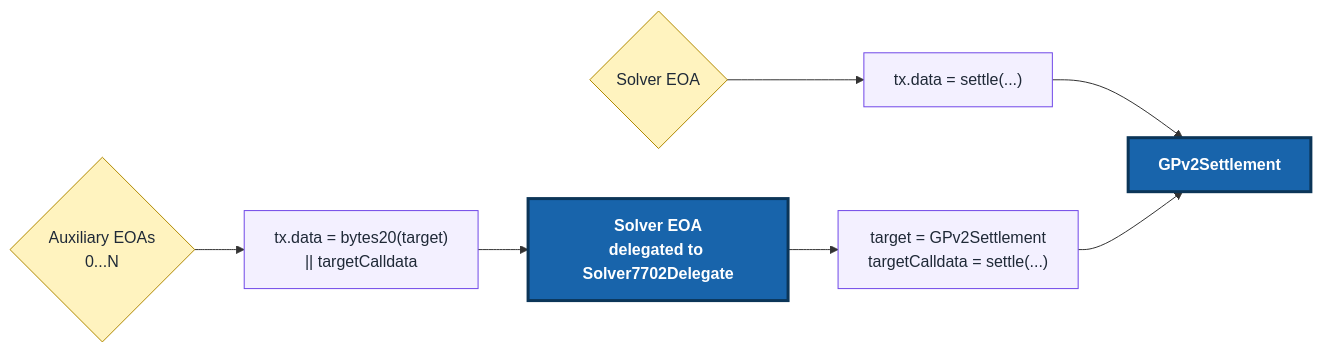
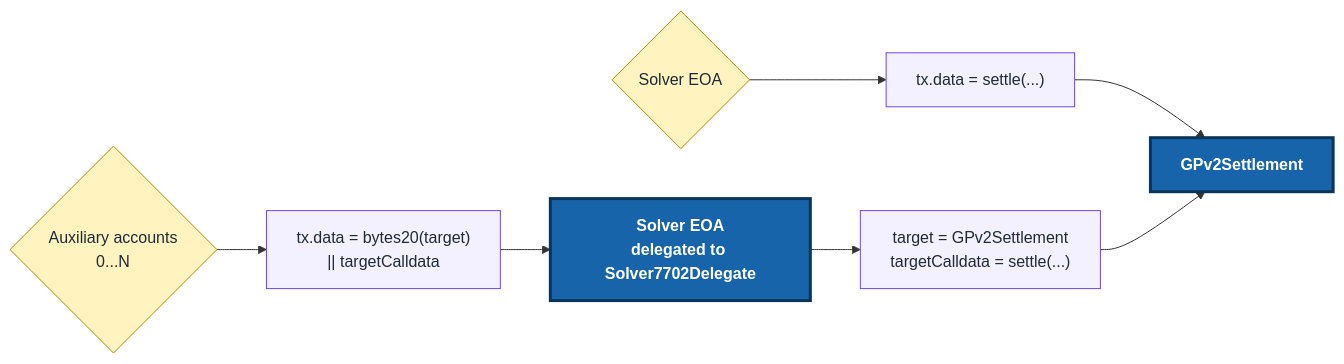
Before and after one commit to cowprotocol/solver-7702-delegate: the diagram in README.md, drawn with Mermaid. The commit also changed other lines of this file, not shown here.

````diff
--- a/README.md
+++ b/README.md
@@ -14,20 +26,20 @@
 ```mermaid
 flowchart LR
     SolverEOA{"Solver EOA"}
     DirectTx["tx.data = settle(...)"]
-    AuxEOAs{"Auxiliary EOAs<br/>0...N"}
+    AuxEOAs{"Auxiliary accounts<br/>0...N"}
     DelegatedTx["tx.data = bytes20(target)<br/>|| targetCalldata"]
     DelegatedSolver["Solver EOA<br/>delegated to Solver7702Delegate"]
     TargetCall["target = GPv2Settlement<br/>targetCalldata = settle(...)"]
     Settlement["GPv2Settlement"]
 
     SolverEOA --> DirectTx --> Settlement
     AuxEOAs --> DelegatedTx --> DelegatedSolver --> TargetCall --> Settlement
 
     classDef eoa fill:#fff3bf,stroke:#b08900,color:#1f2937
     classDef tx fill:#f3f0ff,stroke:#7048e8,color:#1f2937
     classDef contract fill:#1864ab,stroke:#0b3558,stroke-width:3px,color:#ffffff,font-weight:bold
     class SolverEOA,AuxEOAs eoa
     class DirectTx,DelegatedTx,TargetCall tx
     class DelegatedSolver,Settlement contract
 ```
````
